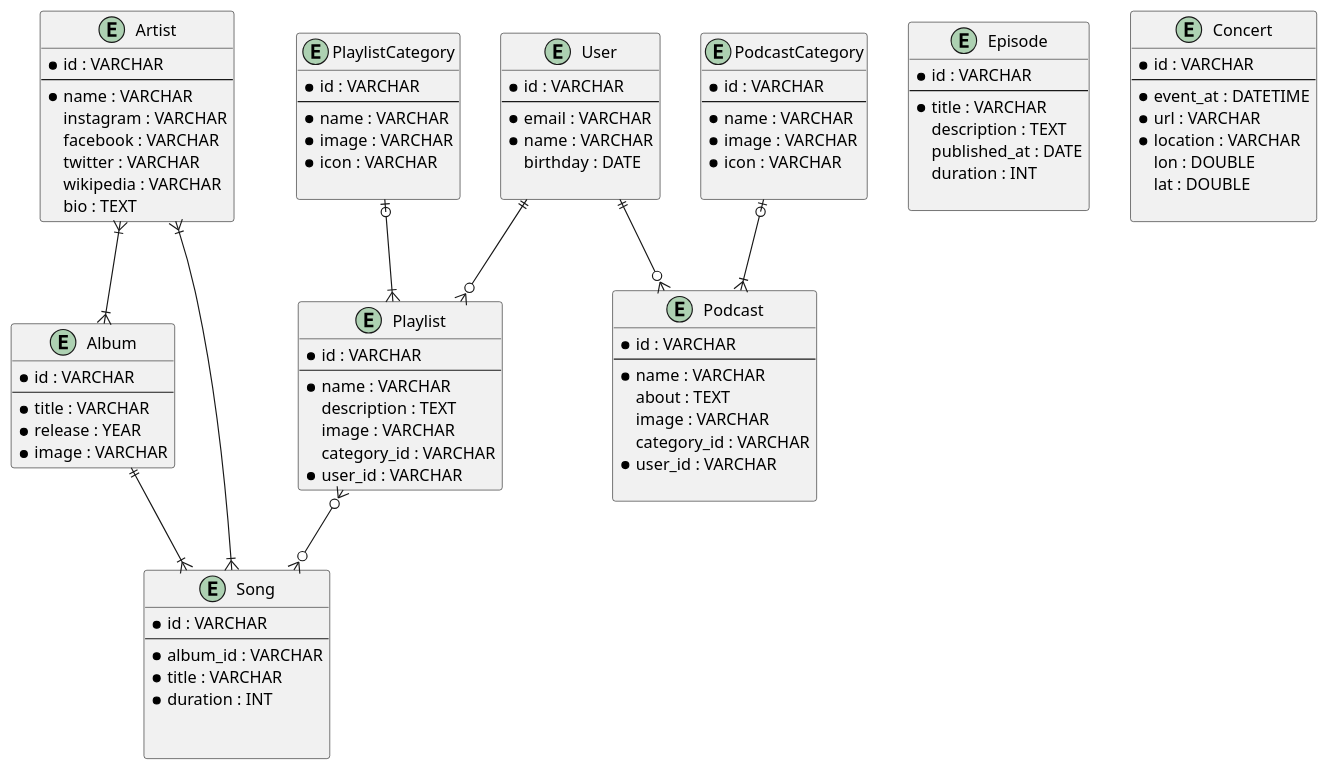
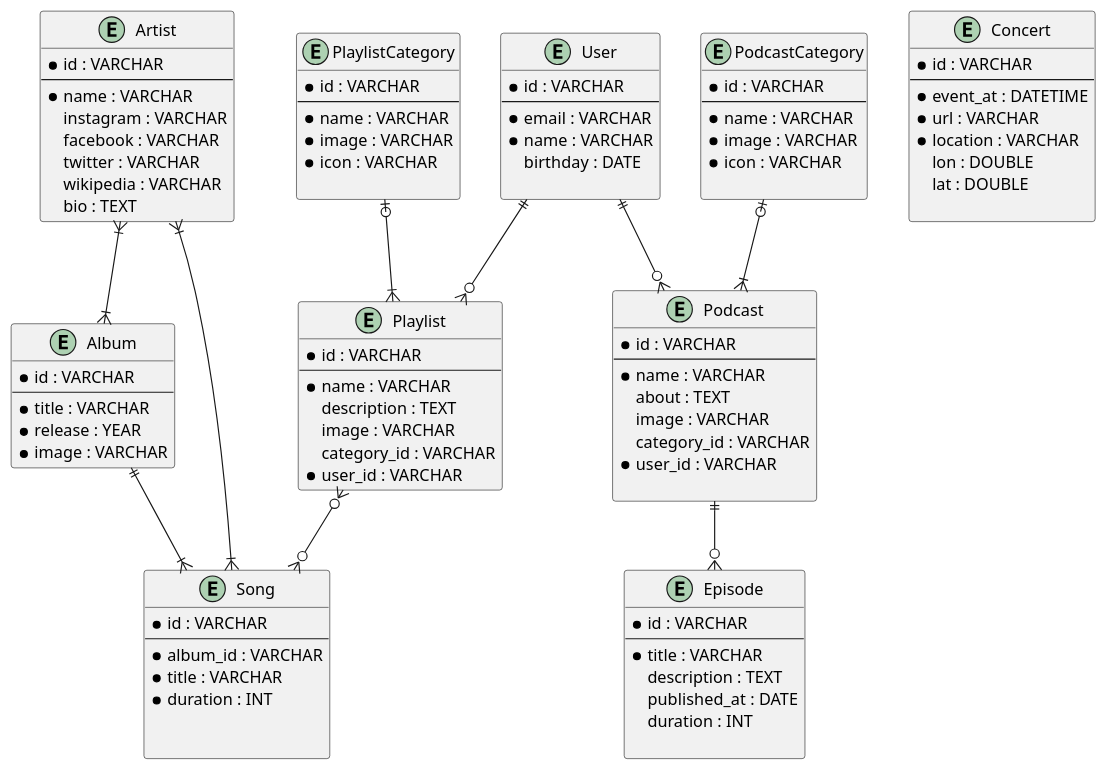
One commit to hanifiamdev/plantUML changed the diagram in spotify.puml. Above: the diagram before and after it, drawn with PlantUML.

Commit message:
Menentukan Relasi Entity Episode

```diff
--- a/spotify.puml
+++ b/spotify.puml
@@ -1,109 +1,110 @@
 @startuml
 entity Artist {
     * id : VARCHAR
     --
     * name : VARCHAR
     instagram : VARCHAR
     facebook : VARCHAR
     twitter : VARCHAR
     wikipedia : VARCHAR
     bio : TEXT
 }
 
 entity Album {
     * id : VARCHAR
     --
     * title : VARCHAR
     * release : YEAR
     * image : VARCHAR
 }
 
 entity Song {
     * id : VARCHAR
     --
     * album_id : VARCHAR
     * title : VARCHAR
     * duration : INT
 
 
 }
 
 entity PlaylistCategory {
     * id : VARCHAR
     --
     * name : VARCHAR
     * image : VARCHAR
     * icon : VARCHAR
 
 }
 
 
 entity Playlist {
     * id : VARCHAR
     --
     * name : VARCHAR
     description : TEXT
     image : VARCHAR
     category_id : VARCHAR
     * user_id : VARCHAR
 }
 
 entity PodcastCategory {
     * id : VARCHAR
     --
     * name : VARCHAR
     * image : VARCHAR
     * icon : VARCHAR
 
 }
 
 entity Podcast {
     * id : VARCHAR
     --
     * name : VARCHAR
     about : TEXT
     image : VARCHAR
     category_id : VARCHAR
     * user_id : VARCHAR
 
 }
 
 entity Episode {
     * id : VARCHAR
     --
     * title : VARCHAR
     description : TEXT
     published_at : DATE
     duration : INT
 
 }
 
 entity User {
     * id : VARCHAR
     --
     * email : VARCHAR
     * name : VARCHAR
     birthday : DATE
 
 }
 
 entity Concert {
    * id : VARCHAR
    --
    * event_at : DATETIME
    * url : VARCHAR
    * location : VARCHAR
    lon : DOUBLE
    lat : DOUBLE
 
 }
 Artist }|--|{ Album
 Album ||--|{ Song
 Artist }|--|{ Song
 PlaylistCategory |o--|{ Playlist
 User ||--o{ Playlist
 Playlist }o--o{ Song
 PodcastCategory |o--|{ Podcast
 User ||--o{ Podcast
+Podcast ||--o{ Episode
 
 @enduml
```
